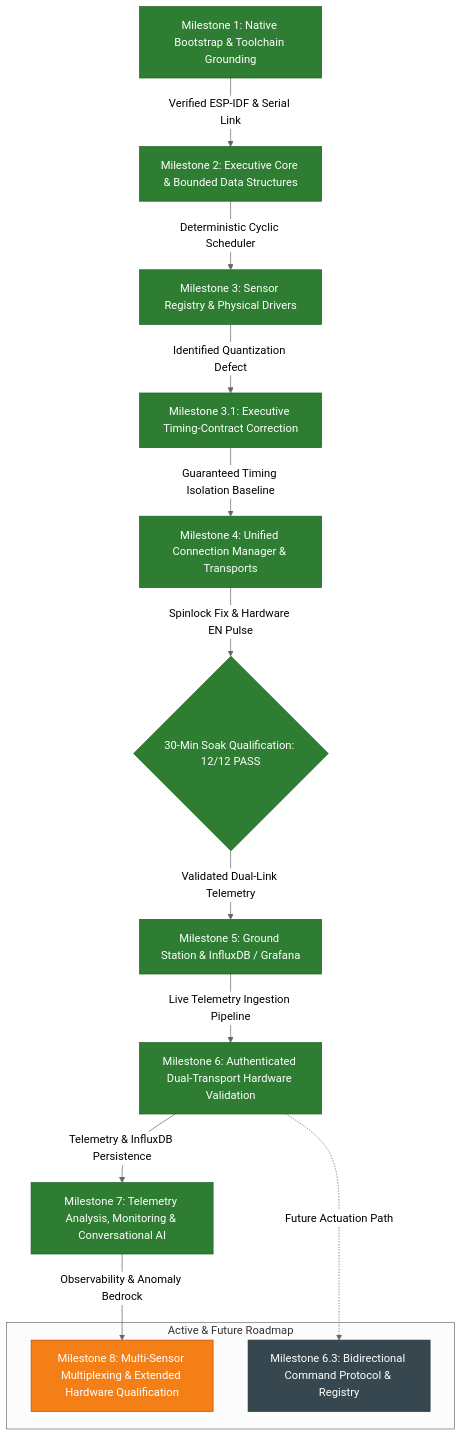
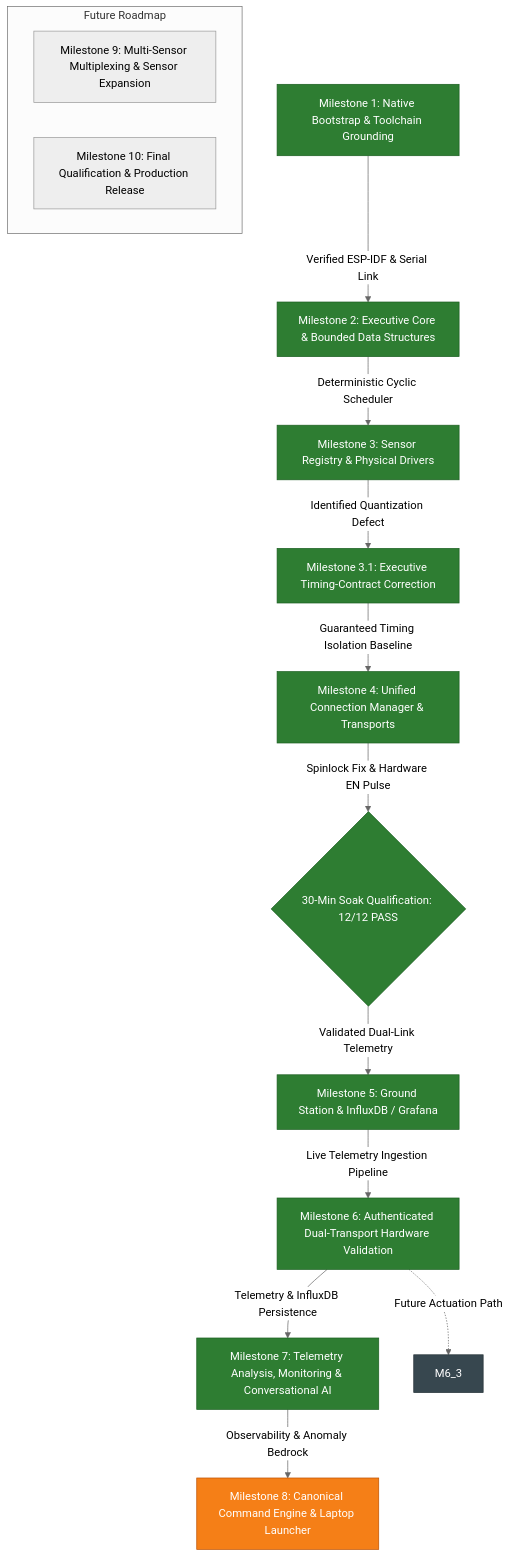
Before and after one commit to aryan-madhavi/NEXUS: the diagram in docs/milestones/README.md, drawn with Mermaid (neutral theme). The commit also changed other lines of this file and 16 other files, not shown here.

Commit message:
feat(m8): add canonical command engine and laptop launcher

````diff
--- a/docs/milestones/README.md
+++ b/docs/milestones/README.md
@@ -108,36 +119,37 @@
 ```mermaid
 flowchart TD
     M1[Milestone 1: Native Bootstrap & Toolchain Grounding]
     M2[Milestone 2: Executive Core & Bounded Data Structures]
     M3[Milestone 3: Sensor Registry & Physical Drivers]
     M3_1[Milestone 3.1: Executive Timing-Contract Correction]
     M4[Milestone 4: Unified Connection Manager & Transports]
     M4_Gate{30-Min Soak Qualification: 12/12 PASS}
     M5[Milestone 5: Ground Station & InfluxDB / Grafana]
     M6[Milestone 6: Authenticated Dual-Transport Hardware Validation]
     M7[Milestone 7: Telemetry Analysis, Monitoring & Conversational AI]
+    M8[Milestone 8: Canonical Command Engine & Laptop Launcher]
     
-    subgraph Active & Future Roadmap
-        M8[Milestone 8: Multi-Sensor Multiplexing & Extended Hardware Qualification]
-        M6_3[Milestone 6.3: Bidirectional Command Protocol & Registry]
+    subgraph Future Roadmap
+        M9[Milestone 9: Multi-Sensor Multiplexing & Sensor Expansion]
+        M10[Milestone 10: Final Qualification & Production Release]
     end
 
     M1 -->|Verified ESP-IDF & Serial Link| M2
     M2 -->|Deterministic Cyclic Scheduler| M3
     M3 -->|Identified Quantization Defect| M3_1
     M3_1 -->|Guaranteed Timing Isolation Baseline| M4
     M4 -->|Spinlock Fix & Hardware EN Pulse| M4_Gate
     M4_Gate -->|Validated Dual-Link Telemetry| M5
     M5 -->|Live Telemetry Ingestion Pipeline| M6
     M6 -->|Telemetry & InfluxDB Persistence| M7
     M7 -->|Observability & Anomaly Bedrock| M8
     M6 -.->|Future Actuation Path| M6_3
 
     classDef done fill:#2e7d32,stroke:#1b5e20,color:#ffffff;
     classDef pending fill:#f57f17,stroke:#bc5100,color:#ffffff;
     classDef future fill:#37474f,stroke:#263238,color:#ffffff;
     
     class M1,M2,M3,M3_1,M4,M4_Gate,M5,M6,M7 done;
     class M8 pending;
     class M6_3 future;
 ```
````
